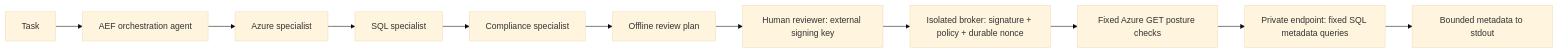
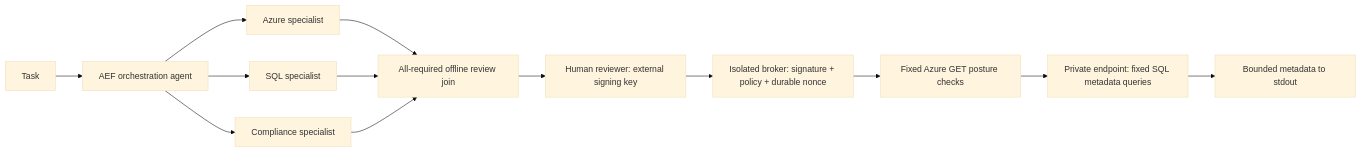
Before and after one commit to AndrewGoodson/sqliq: the diagram in README.md, drawn with Mermaid (base theme). The commit also changed other lines of this file and 20 other files, not shown here.

````diff
--- a/README.md
+++ b/README.md
@@ -95,13 +101,15 @@
 ```mermaid
 flowchart LR
   Task --> Orchestrator[AEF orchestration agent]
   Orchestrator --> Azure[Azure specialist]
-  Azure --> SQL[SQL specialist]
-  SQL --> Compliance[Compliance specialist]
-  Compliance --> Plan[Offline review plan]
+  Orchestrator --> SQL[SQL specialist]
+  Orchestrator --> Compliance[Compliance specialist]
+  Azure --> Plan[All-required offline review join]
+  SQL --> Plan
+  Compliance --> Plan
   Plan --> Human[Human reviewer: external signing key]
   Human --> Broker[Isolated broker: signature + policy + durable nonce]
   Broker --> ARM[Fixed Azure GET posture checks]
   ARM --> DB[Private endpoint: fixed SQL metadata queries]
   DB --> Result[Bounded metadata to stdout]
 ```
````
